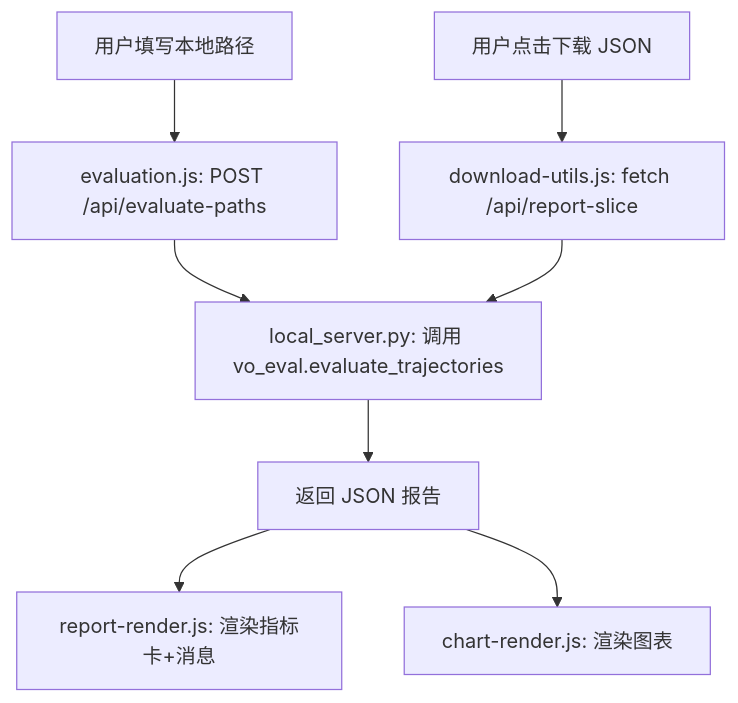
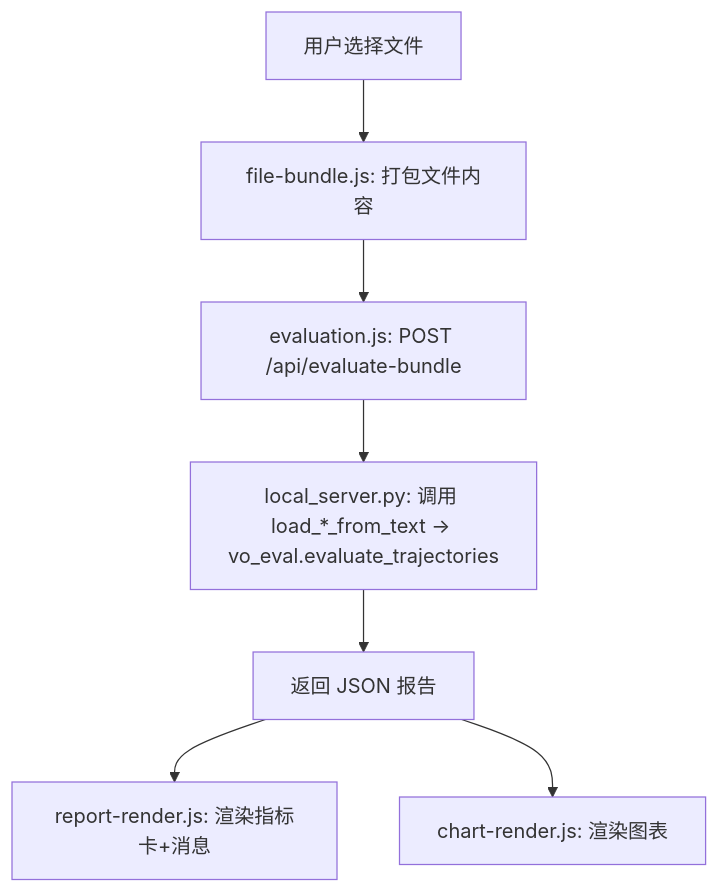
Before and after one commit to wymmust/vo-evaluation-system: the second of 5 diagrams in static_web/ARCHITECTURE.md, drawn with Mermaid. The commit also changed other lines of this file and 27 other files, not shown here.

````diff
--- a/static_web/ARCHITECTURE.md
+++ b/static_web/ARCHITECTURE.md
@@ -78,10 +64,9 @@
 ```mermaid
 flowchart TD
-    A[用户填写本地路径] --> B[evaluation.js: POST /api/evaluate-paths]
-    B --> C[local_server.py: 调用 vo_eval.evaluate_trajectories]
-    C --> D[返回 JSON 报告]
-    D --> E[report-render.js: 渲染指标卡+消息]
-    D --> F[chart-render.js: 渲染图表]
-    G[用户点击下载 JSON] --> H[download-utils.js: fetch /api/report-slice]
-    H --> C
+    A[用户选择文件] --> B[file-bundle.js: 打包文件内容]
+    B --> C[evaluation.js: POST /api/evaluate-bundle]
+    C --> D[local_server.py: 调用 load_*_from_text → vo_eval.evaluate_trajectories]
+    D --> E[返回 JSON 报告]
+    E --> F[report-render.js: 渲染指标卡+消息]
+    E --> G[chart-render.js: 渲染图表]
 ```
````
